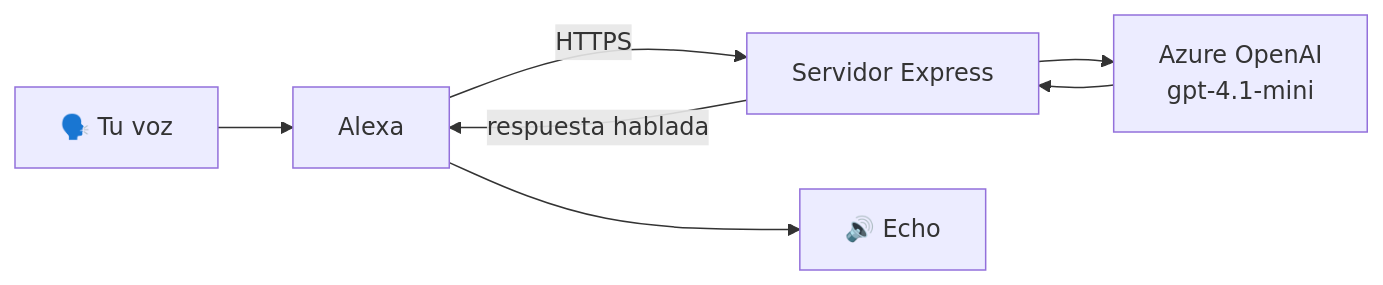
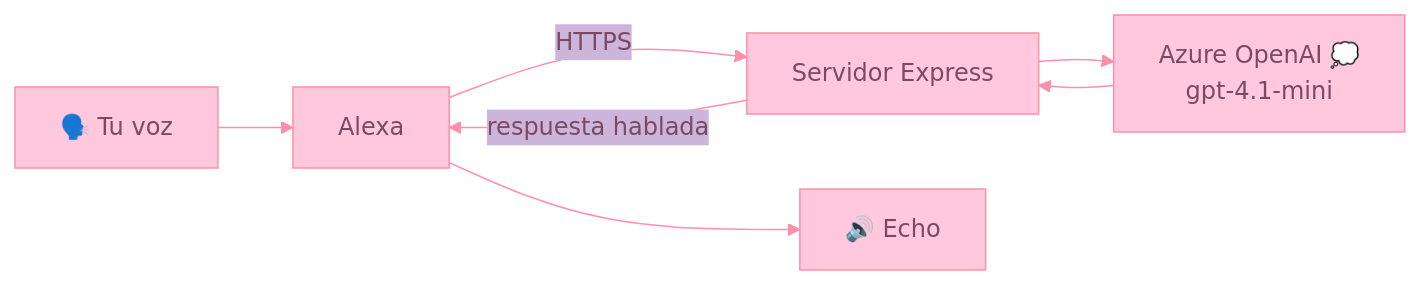
Before and after one commit to CarolPe17/Alexa_Inteligente: the diagram in README.md, drawn with Mermaid. The commit also changed other lines of this file, not shown here.

Commit message:
README girly: paleta pastel, sparkles y diagrama en rosa

````diff
--- a/README.md
+++ b/README.md
@@ -38,8 +42,9 @@
 ```mermaid
+%%{init: {'theme':'base', 'themeVariables': {'primaryColor':'#ffc8dd','primaryTextColor':'#7a4a63','primaryBorderColor':'#ff8fab','lineColor':'#ff8fab','secondaryColor':'#cdb4db','tertiaryColor':'#fdeff4','fontFamily':'Segoe UI'}}}%%
 flowchart LR
-    A[🗣️ Tu voz] --> B[Alexa]
-    B -->|HTTPS| C[Servidor Express]
-    C --> D[Azure OpenAI<br/>gpt-4.1-mini]
+    A["🗣️ Tu voz"] --> B["Alexa"]
+    B -->|HTTPS| C["Servidor Express"]
+    C --> D["Azure OpenAI 💭<br/>gpt-4.1-mini"]
     D --> C
-    C -->|respuesta hablada| B --> E[🔊 Echo]
+    C -->|respuesta hablada| B --> E["🔊 Echo"]
 ```
````
